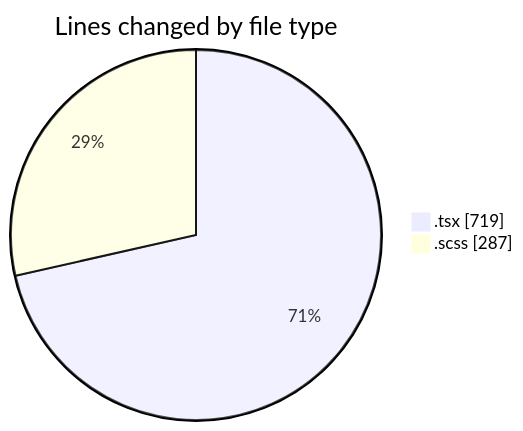
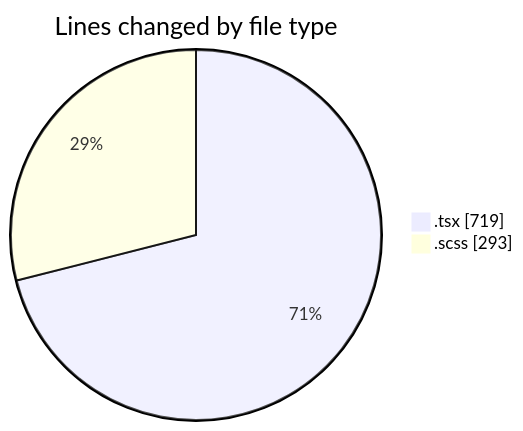
Before and after one commit to momahboobian/code-tracking: the first of 2 diagrams in 2025-10-06/cda/README.md, drawn with Mermaid. The commit also changed other lines of this file and 1 other file, not shown here.

````diff
--- a/2025-10-06/cda/README.md
+++ b/2025-10-06/cda/README.md
@@ -23,6 +23,6 @@
 ```mermaid
 pie showData
 title Lines changed by file type
 ".tsx" : 719
-".scss" : 287
+".scss" : 293
 ```
````
